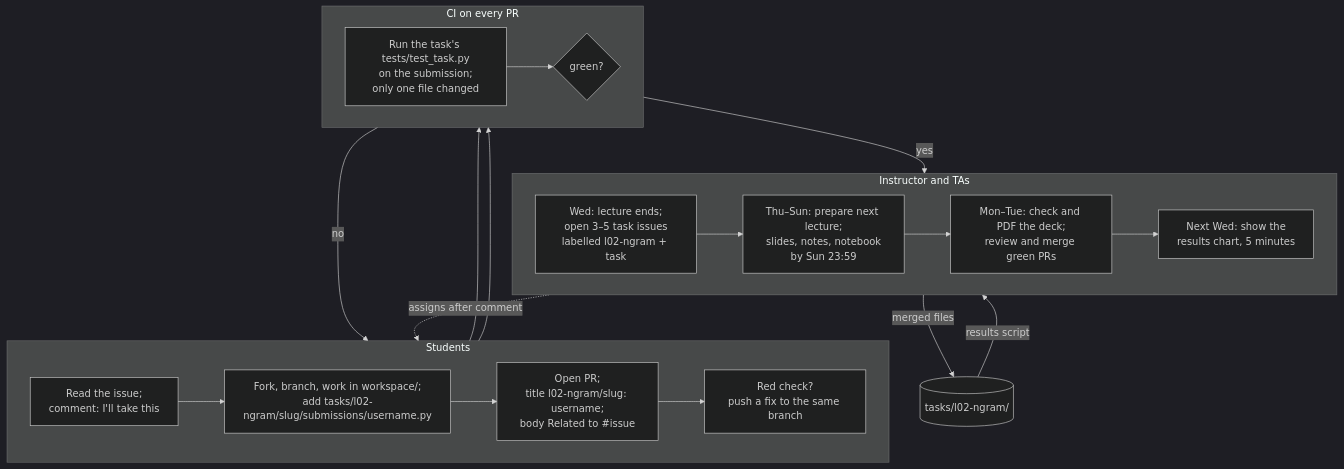
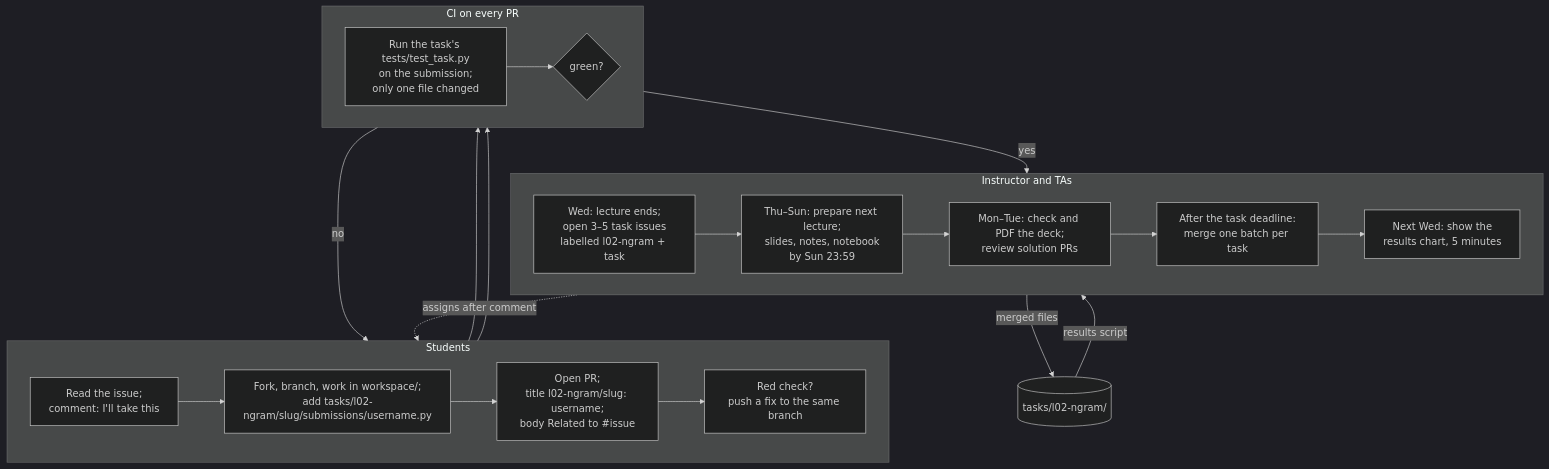
The second of 3 diagrams in docs/participation-workflow.md (DingHouqin/llm-26-fall), drawn with Mermaid (dark theme) before and after one commit. The commit also changed other lines of this file and 10 other files, not shown here.

Commit message:
require task solution batches after submission deadlines (#214)

````diff
--- a/docs/participation-workflow.md
+++ b/docs/participation-workflow.md
@@ -122,22 +123,22 @@
 ```mermaid
 flowchart TB
     subgraph I[Instructor and TAs]
         direction LR
-        I1[Wed: lecture ends;\nopen 3–5 task issues\nlabelled l02-ngram + task] --> I2[Thu–Sun: prepare next lecture;\nslides, notes, notebook\nby Sun 23:59] --> I3[Mon–Tue: check and PDF the deck;\nreview and merge green PRs] --> I4[Next Wed: show the\nresults chart, 5 minutes]
+        I1[Wed: lecture ends;\nopen 3–5 task issues\nlabelled l02-ngram + task] --> I2[Thu–Sun: prepare next lecture;\nslides, notes, notebook\nby Sun 23:59] --> I3[Mon–Tue: check and PDF the deck;\nreview solution PRs] --> I5[After the task deadline:\nmerge one batch per task] --> I4[Next Wed: show the\nresults chart, 5 minutes]
     end
     subgraph S[Students]
         direction LR
         S1[Read the issue;\ncomment: I'll take this] --> S2[Fork, branch, work in workspace/;\nadd tasks/l02-ngram/slug/submissions/username.py] --> S3[Open PR;\ntitle l02-ngram/slug: username;\nbody Related to #issue] --> S4[Red check?\npush a fix to the same branch]
     end
     subgraph C[CI on every PR]
         direction LR
         C1[Run the task's tests/test_task.py\non the submission;\nonly one file changed] --> C2{green?}
     end
     I1 -. assigns after comment .-> S1
     S3 --> C1
     S4 --> C1
     C2 -- no --> S4
     C2 -- yes --> I3
-    I3 -- merged files --> R[(tasks/l02-ngram/)]
+    I5 -- merged files --> R[(tasks/l02-ngram/)]
     R -- results script --> I4
 ```
````
